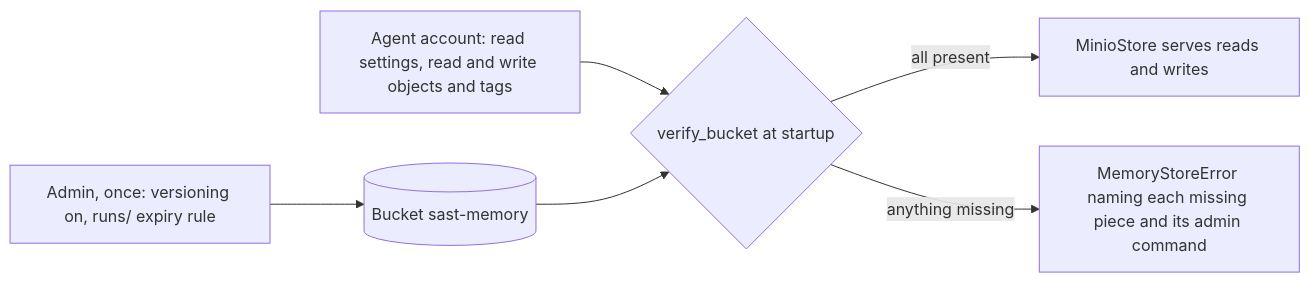
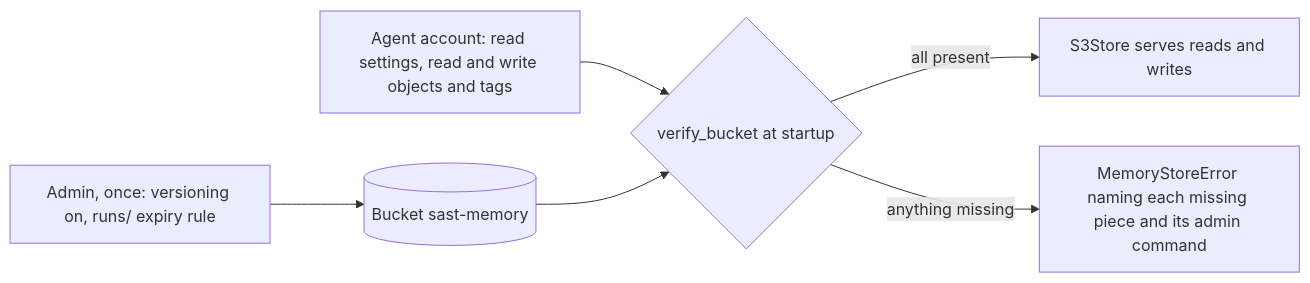
The diagram in docs/rustfs.md (norandom/OpenUltraSAST), drawn with Mermaid before and after one commit. The commit also changed other lines of this file and 21 other files, not shown here.

````diff
--- a/docs/rustfs.md
+++ b/docs/rustfs.md
@@ -13,8 +15,8 @@
 ```mermaid
 flowchart LR
     admin["Admin, once: versioning on, runs/ expiry rule"] --> bucket[("Bucket sast-memory")]
     agent["Agent account: read settings, read and write objects and tags"] --> verify{"verify_bucket at startup"}
     bucket --> verify
-    verify -- "all present" --> store["MinioStore serves reads and writes"]
+    verify -- "all present" --> store["S3Store serves reads and writes"]
     verify -- "anything missing" --> refuse["MemoryStoreError naming each missing piece and its admin command"]
 ```
````
